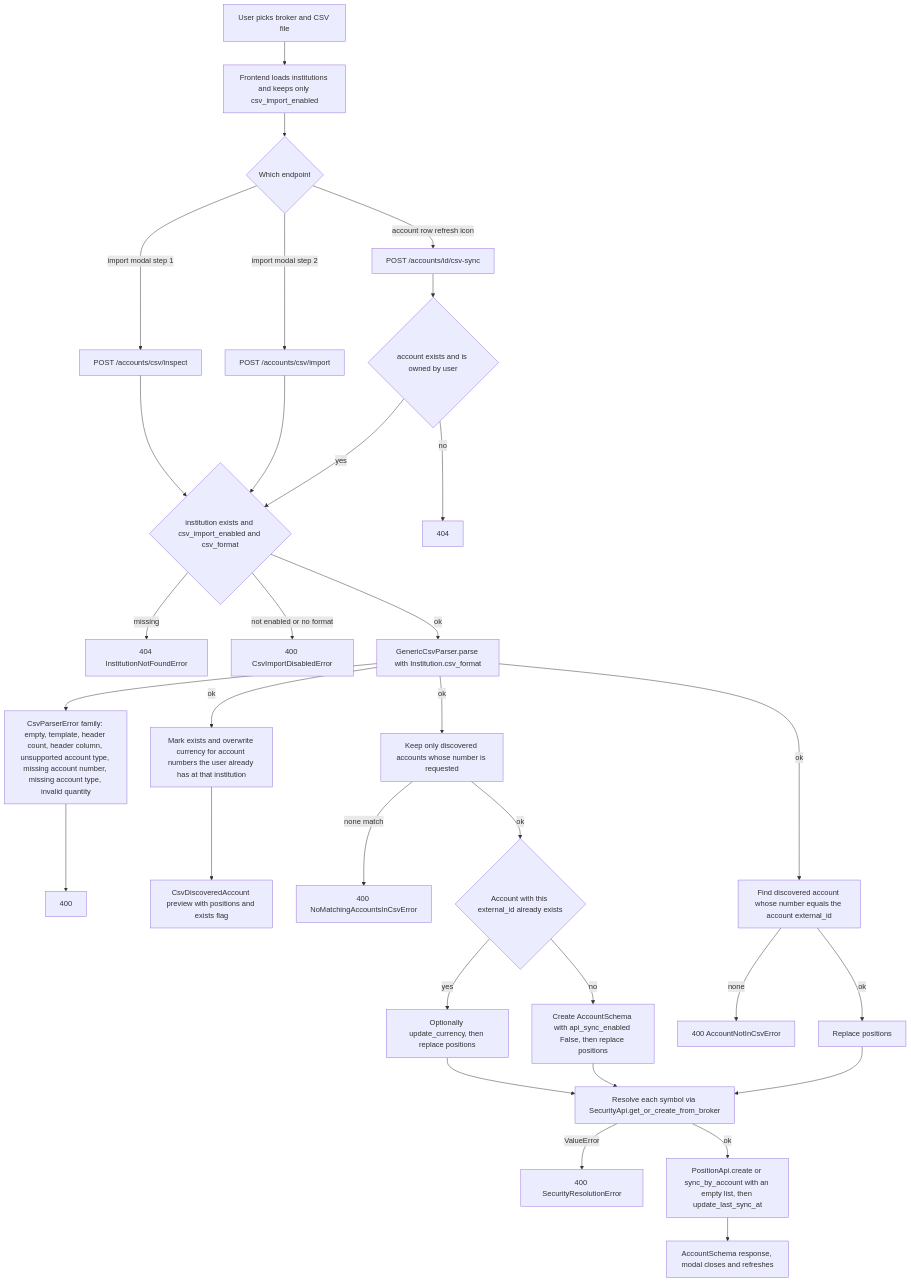
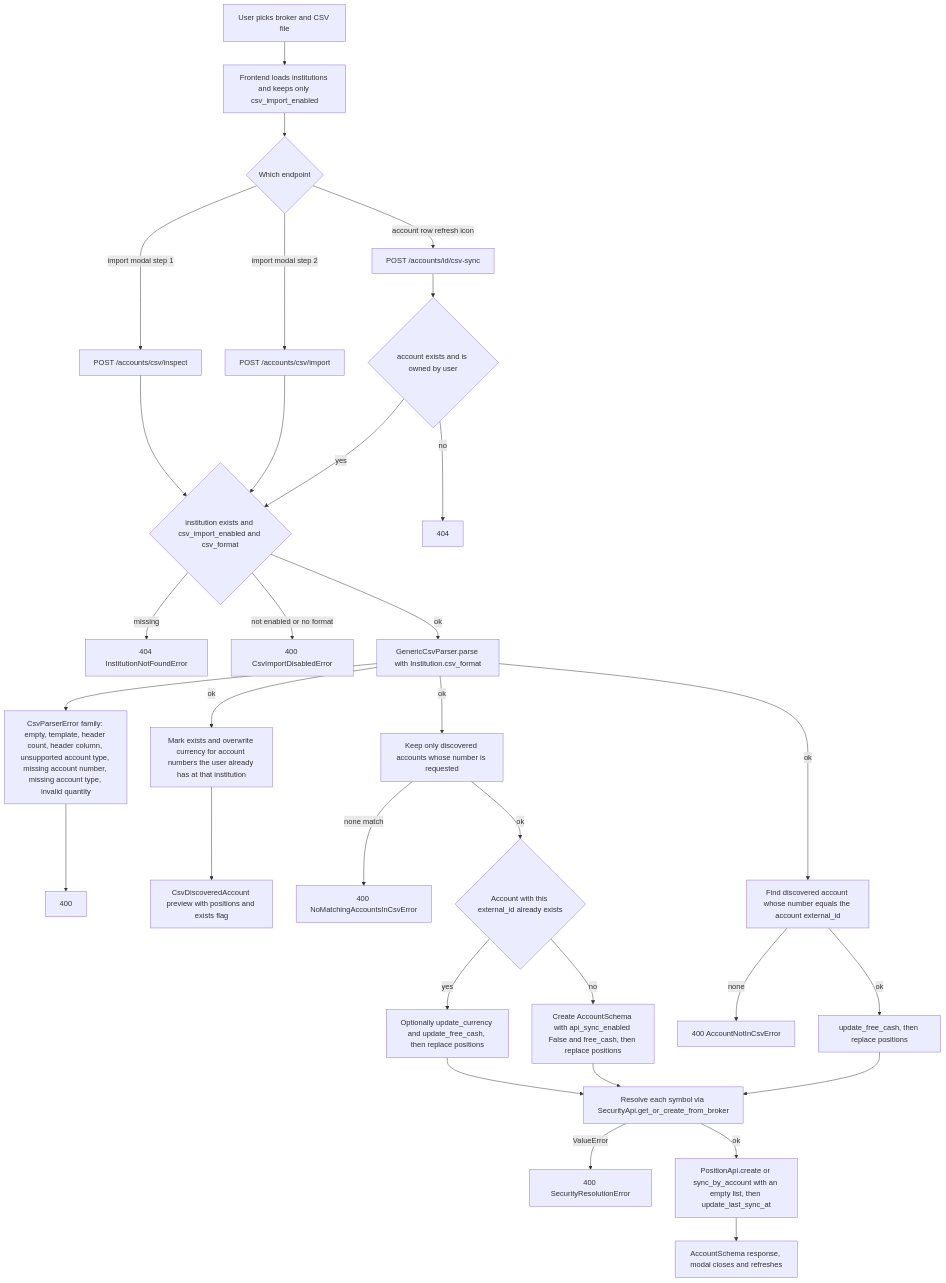
The first of 2 diagrams in openwiki/workflows/csv-import.md (havekes/retail-portfolio), drawn with Mermaid before and after one commit. The commit also changed other lines of this file and 48 other files, not shown here.

````diff
--- a/openwiki/workflows/csv-import.md
+++ b/openwiki/workflows/csv-import.md
@@ -249,39 +279,39 @@
 ```mermaid
 flowchart TD
   Start["User picks broker and CSV file"] --> Load["Frontend loads institutions and keeps only csv_import_enabled"]
   Load --> Mode{"Which endpoint"}
   Mode -- "import modal step 1" --> Inspect["POST /accounts/csv/inspect"]
   Mode -- "import modal step 2" --> Import["POST /accounts/csv/import"]
   Mode -- "account row refresh icon" --> Sync["POST /accounts/id/csv-sync"]
 
   Inspect --> Gate{"institution exists and csv_import_enabled and csv_format"}
   Import --> Gate
   Sync --> SyncGate{"account exists and is owned by user"}
   SyncGate -- no --> NotFound["404"]
   SyncGate -- yes --> Gate
   Gate -- "missing" --> InstErr["404 InstitutionNotFoundError"]
   Gate -- "not enabled or no format" --> DisabledErr["400 CsvImportDisabledError"]
   Gate -- ok --> Parse["GenericCsvParser.parse with Institution.csv_format"]
 
   Parse --> ParseErr["CsvParserError family: empty, template, header count, header column, unsupported account type, missing account number, missing account type, invalid quantity"]
   ParseErr --> Bad["400"]
   Parse -- ok --> InspectMark["Mark exists and overwrite currency for account numbers the user already has at that institution"]
   InspectMark --> Preview["CsvDiscoveredAccount preview with positions and exists flag"]
 
   Parse -- ok --> Select["Keep only discovered accounts whose number is requested"]
   Select -- "none match" --> NoMatch["400 NoMatchingAccountsInCsvError"]
   Select -- ok --> Exists{"Account with this external_id already exists"}
-  Exists -- yes --> UpdateCur["Optionally update_currency, then replace positions"]
-  Exists -- no --> Create["Create AccountSchema with api_sync_enabled False, then replace positions"]
+  Exists -- yes --> UpdateCur["Optionally update_currency and update_free_cash, then replace positions"]
+  Exists -- no --> Create["Create AccountSchema with api_sync_enabled False and free_cash, then replace positions"]
 
   Parse -- ok --> Find["Find discovered account whose number equals the account external_id"]
   Find -- "none" --> NotInCsv["400 AccountNotInCsvError"]
-  Find -- ok --> Replace["Replace positions"]
+  Find -- ok --> Cash["update_free_cash, then replace positions"]
 
   UpdateCur --> Resolve
   Create --> Resolve
-  Replace --> Resolve["Resolve each symbol via SecurityApi.get_or_create_from_broker"]
+  Cash --> Resolve["Resolve each symbol via SecurityApi.get_or_create_from_broker"]
   Resolve -- "ValueError" --> SecErr["400 SecurityResolutionError"]
   Resolve -- ok --> Write["PositionApi.create or sync_by_account with an empty list, then update_last_sync_at"]
   Write --> Done["AccountSchema response, modal closes and refreshes"]
 ```
````
